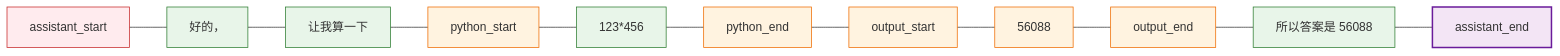
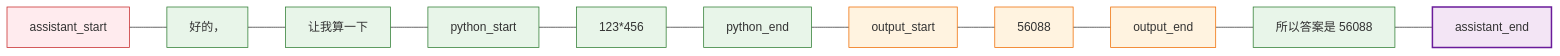
Before and after one commit to jxlwqq/jxlwqq.github.io: the second of 2 diagrams in _posts/2026-09-04-how-llm-knows-when-to-stop.md, drawn with Mermaid. The commit also changed other lines of this file and 4 other files, not shown here.

````diff
--- a/_posts/2026-09-04-how-llm-knows-when-to-stop.md
+++ b/_posts/2026-09-04-how-llm-knows-when-to-stop.md
@@ -194,14 +194,14 @@
 ```mermaid
 flowchart LR
     P["assistant_start"] --- S1["好的，"] --- S2["让我算一下"] --- PS["python_start"] --- S3["123*456"] --- PE["python_end"] --- OS["output_start"] --- F["56088"] --- OE["output_end"] --- S4["所以答案是 56088"] --- AE["assistant_end"]
 
     classDef prompt fill:#ffebee,stroke:#c62828;
     classDef sampled fill:#e8f5e9,stroke:#2e7d32;
     classDef forced fill:#fff3e0,stroke:#ef6c00;
     classDef terminal fill:#f3e5f5,stroke:#6a1b9a,stroke-width:2px;
 
     class P prompt;
-    class S1,S2,S3,S4 sampled;
-    class PS,PE,OS,OE,F forced;
+    class S1,S2,PS,S3,PE,S4 sampled;
+    class OS,OE,F forced;
     class AE terminal;
 ```
````
